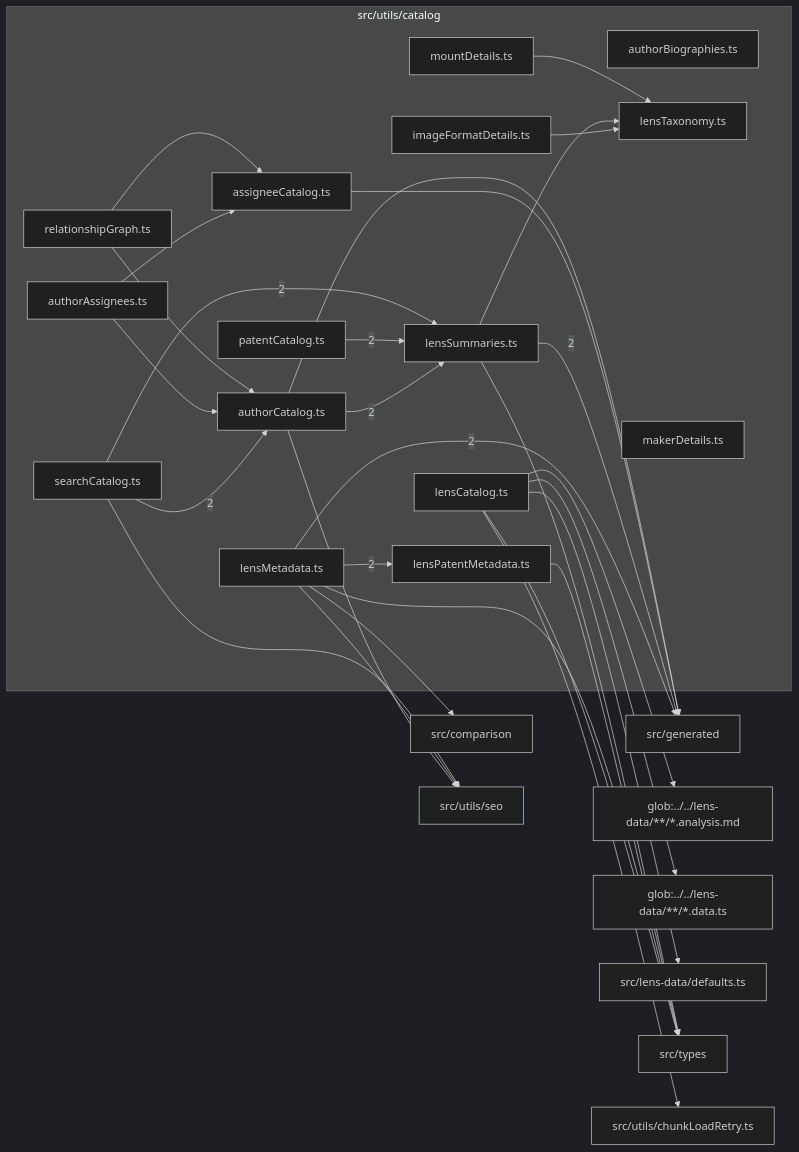
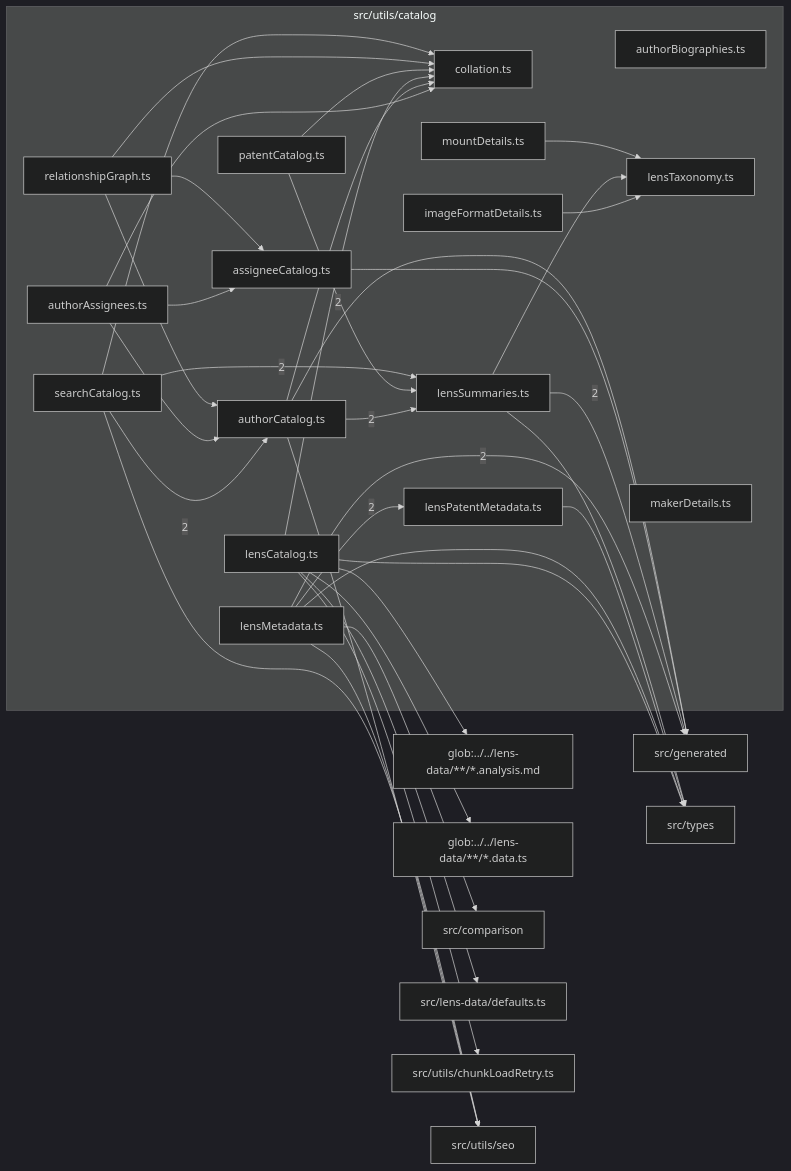
The diagram in src/utils/catalog/readme.md (ronbuening/LensVisualizer), drawn with Mermaid (dark theme) before and after one commit. The commit also changed other lines of this file and 23 other files, not shown here.

First line of the commit message:
X7: pin catalog collation to a fixed locale

````diff
--- a/src/utils/catalog/readme.md
+++ b/src/utils/catalog/readme.md
@@ -9,56 +9,63 @@
 ```mermaid
 flowchart LR
   subgraph n_src_utils_catalog["src/utils/catalog"]
     n_src_utils_catalog_src_utils_catalog_assigneeCatalog_ts["assigneeCatalog.ts"]
     n_src_utils_catalog_src_utils_catalog_authorAssignees_ts["authorAssignees.ts"]
     n_src_utils_catalog_src_utils_catalog_authorBiographies_ts["authorBiographies.ts"]
     n_src_utils_catalog_src_utils_catalog_authorCatalog_ts["authorCatalog.ts"]
+    n_src_utils_catalog_src_utils_catalog_collation_ts["collation.ts"]
     n_src_utils_catalog_src_utils_catalog_imageFormatDetails_ts["imageFormatDetails.ts"]
     n_src_utils_catalog_src_utils_catalog_lensCatalog_ts["lensCatalog.ts"]
     n_src_utils_catalog_src_utils_catalog_lensMetadata_ts["lensMetadata.ts"]
     n_src_utils_catalog_src_utils_catalog_lensPatentMetadata_ts["lensPatentMetadata.ts"]
     n_src_utils_catalog_src_utils_catalog_lensSummaries_ts["lensSummaries.ts"]
     n_src_utils_catalog_src_utils_catalog_lensTaxonomy_ts["lensTaxonomy.ts"]
     n_src_utils_catalog_src_utils_catalog_makerDetails_ts["makerDetails.ts"]
     n_src_utils_catalog_src_utils_catalog_mountDetails_ts["mountDetails.ts"]
     n_src_utils_catalog_src_utils_catalog_patentCatalog_ts["patentCatalog.ts"]
     n_src_utils_catalog_src_utils_catalog_relationshipGraph_ts["relationshipGraph.ts"]
     n_src_utils_catalog_src_utils_catalog_searchCatalog_ts["searchCatalog.ts"]
   end
   n_external_src_generated["src/generated"]
   n_external_glob_______lens_data______analysis_md["glob:../../lens-data/**/*.analysis.md"]
   n_external_glob_______lens_data______data_ts["glob:../../lens-data/**/*.data.ts"]
   n_external_src_comparison["src/comparison"]
   n_external_src_lens_data_defaults_ts["src/lens-data/defaults.ts"]
   n_external_src_types["src/types"]
   n_external_src_utils_chunkLoadRetry_ts["src/utils/chunkLoadRetry.ts"]
   n_external_src_utils_seo["src/utils/seo"]
   n_src_utils_catalog_src_utils_catalog_lensMetadata_ts --> |2| n_external_src_generated
   n_src_utils_catalog_src_utils_catalog_lensSummaries_ts --> |2| n_external_src_generated
   n_src_utils_catalog_src_utils_catalog_searchCatalog_ts --> |2| n_src_utils_catalog_src_utils_catalog_authorCatalog_ts
   n_src_utils_catalog_src_utils_catalog_lensMetadata_ts --> |2| n_src_utils_catalog_src_utils_catalog_lensPatentMetadata_ts
   n_src_utils_catalog_src_utils_catalog_authorCatalog_ts --> |2| n_src_utils_catalog_src_utils_catalog_lensSummaries_ts
   n_src_utils_catalog_src_utils_catalog_patentCatalog_ts --> |2| n_src_utils_catalog_src_utils_catalog_lensSummaries_ts
   n_src_utils_catalog_src_utils_catalog_searchCatalog_ts --> |2| n_src_utils_catalog_src_utils_catalog_lensSummaries_ts
   n_src_utils_catalog_src_utils_catalog_lensCatalog_ts --> n_external_glob_______lens_data______analysis_md
   n_src_utils_catalog_src_utils_catalog_lensCatalog_ts --> n_external_glob_______lens_data______data_ts
   n_src_utils_catalog_src_utils_catalog_lensMetadata_ts --> n_external_src_comparison
   n_src_utils_catalog_src_utils_catalog_assigneeCatalog_ts --> n_external_src_generated
   n_src_utils_catalog_src_utils_catalog_authorCatalog_ts --> n_external_src_generated
   n_src_utils_catalog_src_utils_catalog_lensCatalog_ts --> n_external_src_lens_data_defaults_ts
   n_src_utils_catalog_src_utils_catalog_lensCatalog_ts --> n_external_src_types
   n_src_utils_catalog_src_utils_catalog_lensMetadata_ts --> n_external_src_types
   n_src_utils_catalog_src_utils_catalog_lensPatentMetadata_ts --> n_external_src_types
   n_src_utils_catalog_src_utils_catalog_lensSummaries_ts --> n_external_src_types
   n_src_utils_catalog_src_utils_catalog_lensCatalog_ts --> n_external_src_utils_chunkLoadRetry_ts
   n_src_utils_catalog_src_utils_catalog_authorCatalog_ts --> n_external_src_utils_seo
   n_src_utils_catalog_src_utils_catalog_lensMetadata_ts --> n_external_src_utils_seo
   n_src_utils_catalog_src_utils_catalog_searchCatalog_ts --> n_external_src_utils_seo
   n_src_utils_catalog_src_utils_catalog_authorAssignees_ts --> n_src_utils_catalog_src_utils_catalog_assigneeCatalog_ts
   n_src_utils_catalog_src_utils_catalog_relationshipGraph_ts --> n_src_utils_catalog_src_utils_catalog_assigneeCatalog_ts
   n_src_utils_catalog_src_utils_catalog_authorAssignees_ts --> n_src_utils_catalog_src_utils_catalog_authorCatalog_ts
   n_src_utils_catalog_src_utils_catalog_relationshipGraph_ts --> n_src_utils_catalog_src_utils_catalog_authorCatalog_ts
+  n_src_utils_catalog_src_utils_catalog_authorAssignees_ts --> n_src_utils_catalog_src_utils_catalog_collation_ts
+  n_src_utils_catalog_src_utils_catalog_authorCatalog_ts --> n_src_utils_catalog_src_utils_catalog_collation_ts
+  n_src_utils_catalog_src_utils_catalog_lensCatalog_ts --> n_src_utils_catalog_src_utils_catalog_collation_ts
+  n_src_utils_catalog_src_utils_catalog_patentCatalog_ts --> n_src_utils_catalog_src_utils_catalog_collation_ts
+  n_src_utils_catalog_src_utils_catalog_relationshipGraph_ts --> n_src_utils_catalog_src_utils_catalog_collation_ts
+  n_src_utils_catalog_src_utils_catalog_searchCatalog_ts --> n_src_utils_catalog_src_utils_catalog_collation_ts
   n_src_utils_catalog_src_utils_catalog_imageFormatDetails_ts --> n_src_utils_catalog_src_utils_catalog_lensTaxonomy_ts
   n_src_utils_catalog_src_utils_catalog_lensSummaries_ts --> n_src_utils_catalog_src_utils_catalog_lensTaxonomy_ts
   n_src_utils_catalog_src_utils_catalog_mountDetails_ts --> n_src_utils_catalog_src_utils_catalog_lensTaxonomy_ts
 ```
````
